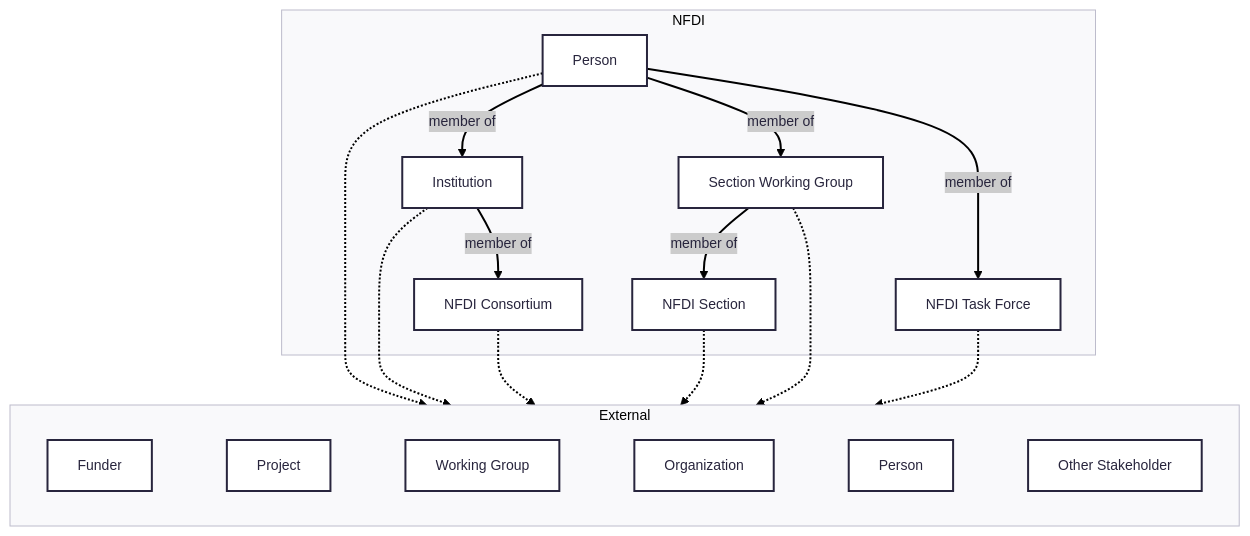
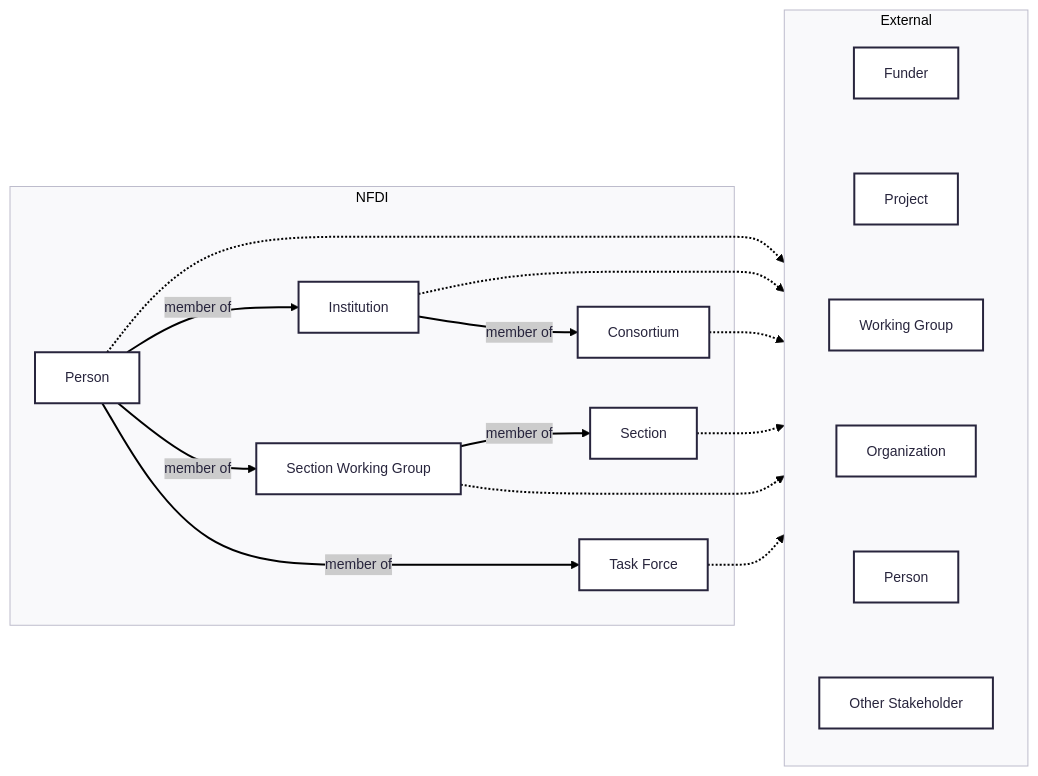
Before and after one commit to nfdi-de/section-int-wg-landscape: the diagram in README.md, drawn with Mermaid.

````diff
--- a/README.md
+++ b/README.md
@@ -19,32 +19,32 @@
 ```mermaid
 ---
 config:
       theme: redux
 ---
-graph TB
+graph LR
 
     internalPerson[Person] -.-> external
     internalInstitution[Institution] -.->  external
-    internalConsortium[NFDI Consortium] -.-> external
-    internalSection[NFDI Section] -.-> external
+    internalConsortium[Consortium] -.-> external
+    internalSection[Section] -.-> external
     internalWG[Section Working Group] -.-> external
-    internalTF[NFDI Task Force] -.-> external
+    internalTF[Task Force] -.-> external
 
     subgraph external [External]
         funder[Funder]
         project[Project]
         workingGroup[Working Group]
         organization[Organization]
         externalPerson[Person]
         externalOther[Other Stakeholder]
 
-        funder ~~~ project ~~~ workingGroup ~~~ organization ~~~ externalPerson~~~ externalOther
+        funder ~~~ project ~~~ workingGroup ~~~ organization ~~~ externalPerson ~~~ externalOther
 
     end
 
     subgraph internal [NFDI]
         internalPerson -- member of --> internalInstitution -- member of --> internalConsortium
         internalPerson -- member of --> internalWG -- member of --> internalSection
         internalPerson -- member of --> internalTF
     end
 ```
````
